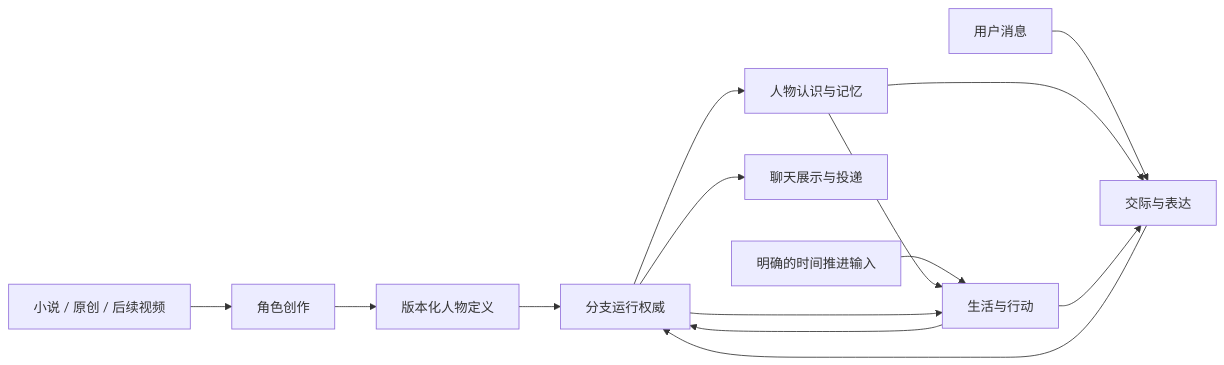
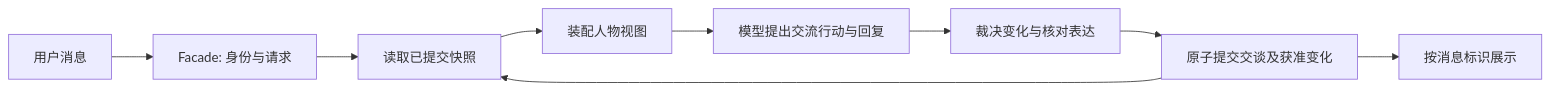
The diagram in docs/plans/global-product-architecture.md (Shirokawa123/dynamic-subject-agent), drawn with Mermaid before and after one commit. The commit also changed other lines of this file and 10 other files, not shown here.

````diff
--- a/docs/plans/global-product-architecture.md
+++ b/docs/plans/global-product-architecture.md
@@ -41,16 +136,11 @@
 ```mermaid
 flowchart LR
-  S[小说 / 原创 / 后续视频] --> A[角色创作]
-  A --> D[版本化人物定义]
-  D --> R[分支运行权威]
-  R --> M[人物认识与记忆]
-  U[用户消息] --> C[交际与表达]
-  M --> C
-  C --> R
-  R --> X[聊天展示与投递]
-  T[明确的时间推进输入] --> L[生活与行动]
-  M --> L
-  L --> R
-  R --> L
-  L --> C
+  U[用户消息] --> F[Facade: 身份与请求]
+  F --> S[读取已提交快照]
+  S --> V[装配人物视图]
+  V --> P[模型提出交流行动与回复]
+  P --> J[裁决变化与核对表达]
+  J --> T[原子提交交谈及获准变化]
+  T --> UI[按消息标识展示]
+  T --> S
 ```
````
